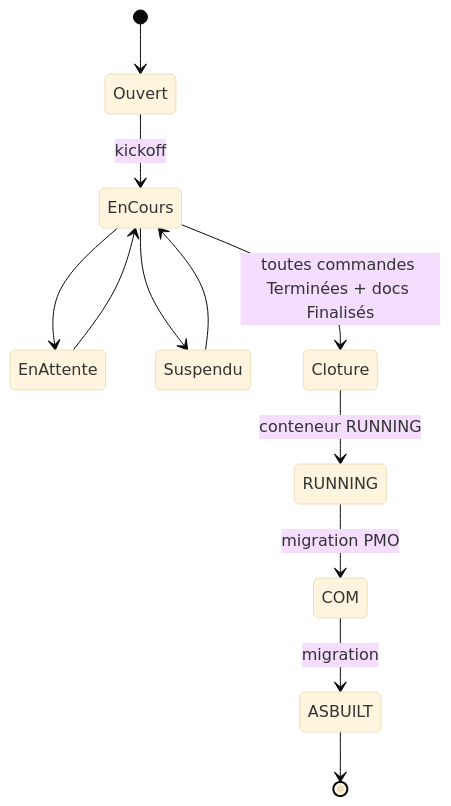
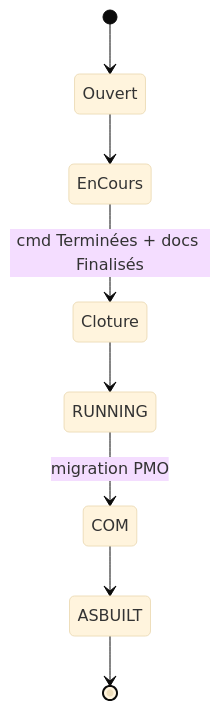
The fourth of 7 diagrams in docs/REFONTE_PMO_EPC_OVERVIEW.md (gedservices/pmo_epc), drawn with Mermaid (base theme) before and after one commit. The commit also changed other lines of this file and 6 other files, not shown here.

````diff
--- a/docs/REFONTE_PMO_EPC_OVERVIEW.md
+++ b/docs/REFONTE_PMO_EPC_OVERVIEW.md
@@ -101,14 +84,10 @@
 ```mermaid
 stateDiagram-v2
   [*] --> Ouvert
-  Ouvert --> EnCours : kickoff
-  EnCours --> EnAttente
-  EnAttente --> EnCours
-  EnCours --> Suspendu
-  Suspendu --> EnCours
-  EnCours --> Cloture : toutes commandes Terminées + docs Finalisés
-  Cloture --> RUNNING : conteneur RUNNING
+  Ouvert --> EnCours
+  EnCours --> Cloture : cmd Terminées + docs Finalisés
+  Cloture --> RUNNING
   RUNNING --> COM : migration PMO
-  COM --> ASBUILT : migration
+  COM --> ASBUILT
   ASBUILT --> [*]
 ```
````
